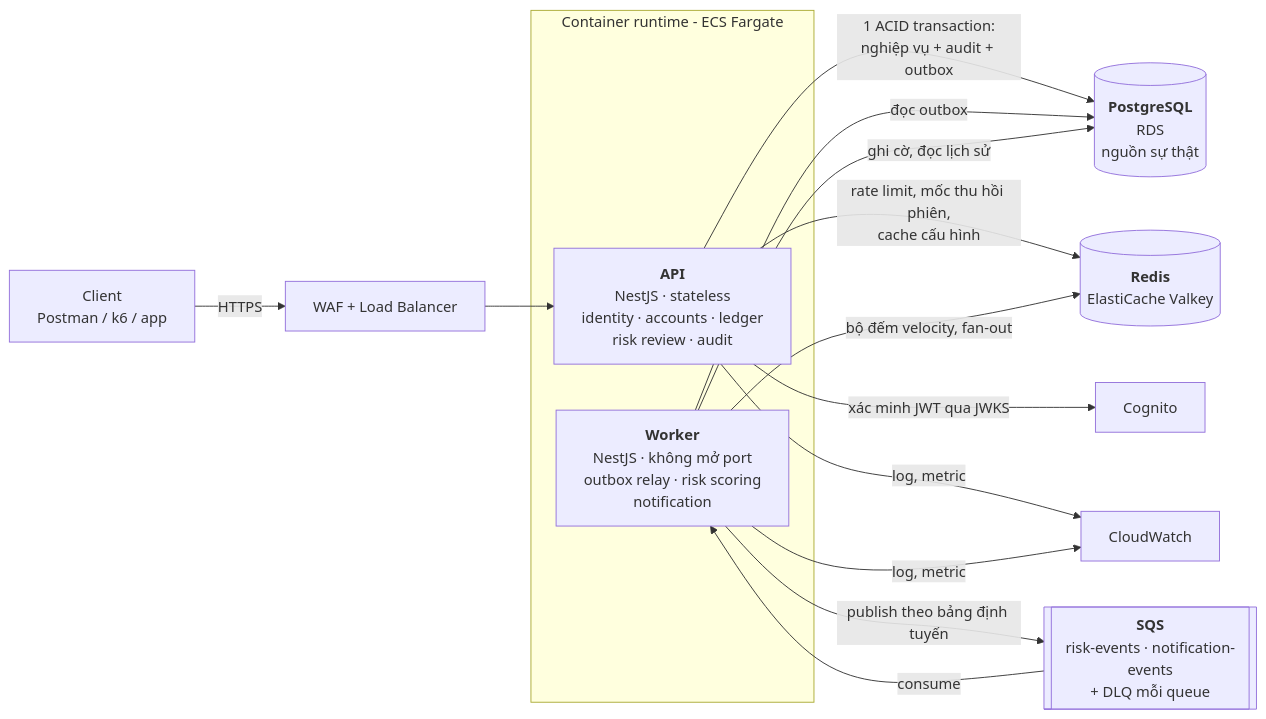
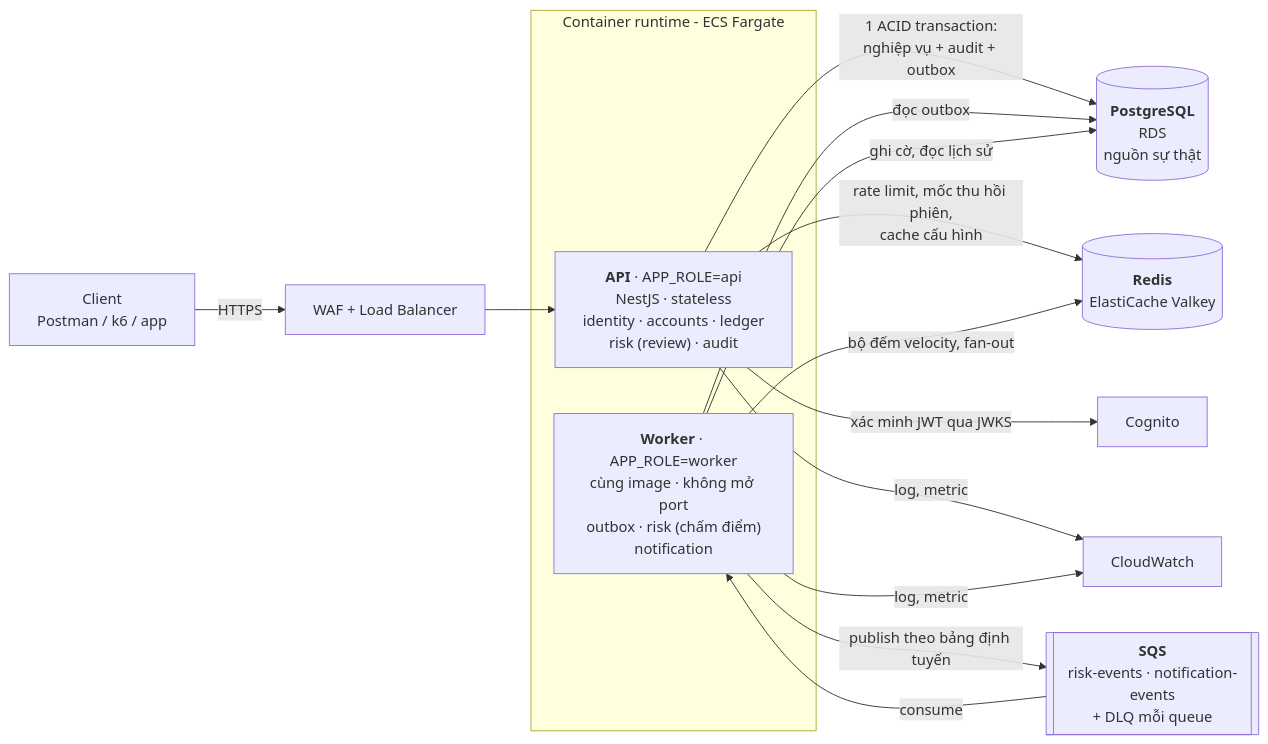
Before and after one commit to Lawliet119/digital-banking-simulator: the second of 10 diagrams in docs/03_HIGH_LEVEL_ARCHITECTURE.md, drawn with Mermaid. The commit also changed other lines of this file and 73 other files, not shown here.

First line of the commit message:
feat(backend): scaffold single NestJS app that runs as api | worker | both

````diff
--- a/docs/03_HIGH_LEVEL_ARCHITECTURE.md
+++ b/docs/03_HIGH_LEVEL_ARCHITECTURE.md
@@ -79,20 +79,20 @@
 ```mermaid
 flowchart LR
     C[Client<br/>Postman / k6 / app] -->|HTTPS| EDGE[WAF + Load Balancer]
     EDGE --> API
 
     subgraph RUN[Container runtime - ECS Fargate]
-        API["<b>API</b><br/>NestJS · stateless<br/>identity · accounts · ledger<br/>risk review · audit"]
-        WRK["<b>Worker</b><br/>NestJS · không mở port<br/>outbox relay · risk scoring<br/>notification"]
+        API["<b>API</b> · APP_ROLE=api<br/>NestJS · stateless<br/>identity · accounts · ledger<br/>risk (review) · audit"]
+        WRK["<b>Worker</b> · APP_ROLE=worker<br/>cùng image · không mở port<br/>outbox · risk (chấm điểm)<br/>notification"]
     end
 
     API -->|1 ACID transaction:<br/>nghiệp vụ + audit + outbox| PG[("<b>PostgreSQL</b><br/>RDS<br/>nguồn sự thật")]
     API -->|rate limit, mốc thu hồi phiên,<br/>cache cấu hình| RD[("<b>Redis</b><br/>ElastiCache Valkey")]
     API -->|xác minh JWT qua JWKS| COG[Cognito]
     WRK -->|đọc outbox| PG
     WRK -->|publish theo bảng định tuyến| Q[["<b>SQS</b><br/>risk-events · notification-events<br/>+ DLQ mỗi queue"]]
     Q -->|consume| WRK
     WRK -->|bộ đếm velocity, fan-out| RD
     WRK -->|ghi cờ, đọc lịch sử| PG
     API & WRK -->|log, metric| CW[CloudWatch]
 ```
````
